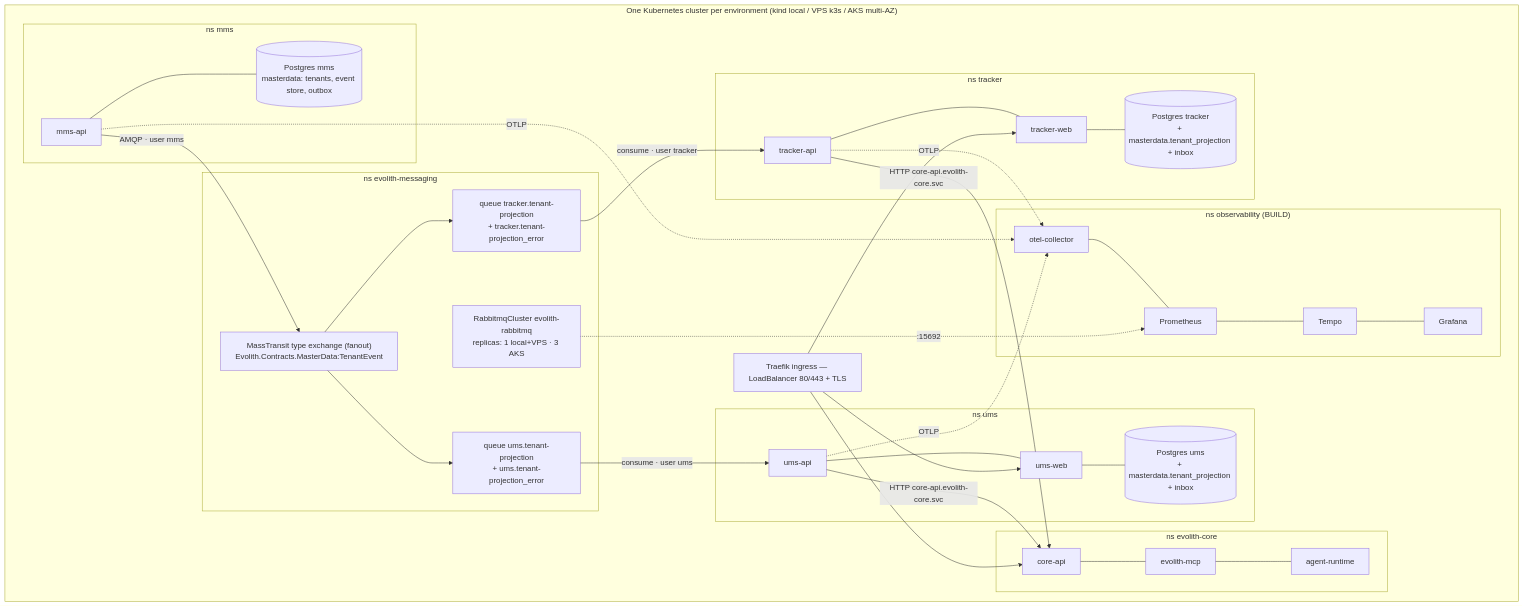
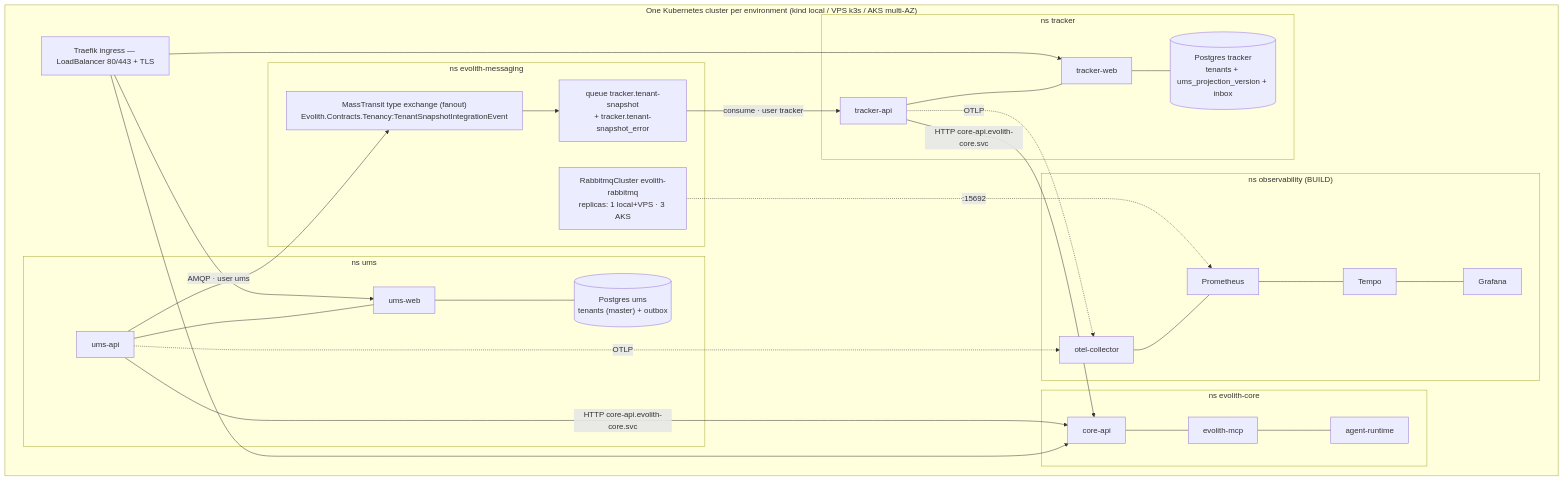
Before and after one commit to beyondnetcode/evolith_arch32: the second of 2 diagrams in product/suite/architecture/evolith-suite-deployment-strategy.md, drawn with Mermaid. The commit also changed other lines of this file and 1 other file, not shown here.

````diff
--- a/product/suite/architecture/evolith-suite-deployment-strategy.md
+++ b/product/suite/architecture/evolith-suite-deployment-strategy.md
@@ -80,35 +79,30 @@
 ```mermaid
 flowchart TB
   subgraph CLUSTER["One Kubernetes cluster per environment (kind local / VPS k3s / AKS multi-AZ)"]
     LB["Traefik ingress — LoadBalancer 80/443 + TLS"]
     subgraph NSMSG["ns evolith-messaging"]
       RMQ["RabbitmqCluster evolith-rabbitmq<br/>replicas: 1 local+VPS · 3 AKS"]
-      EX["MassTransit type exchange (fanout)<br/>Evolith.Contracts.MasterData:TenantEvent"]
-      QU["queue ums.tenant-projection<br/>+ ums.tenant-projection_error"]
-      QT["queue tracker.tenant-projection<br/>+ tracker.tenant-projection_error"]
+      EX["MassTransit type exchange (fanout)<br/>Evolith.Contracts.Tenancy:TenantSnapshotIntegrationEvent"]
+      QT["queue tracker.tenant-snapshot<br/>+ tracker.tenant-snapshot_error"]
     end
     subgraph NSOBS["ns observability (BUILD)"]
       OTEL["otel-collector"] --- PROM["Prometheus"] --- TEMPO["Tempo"] --- GRAF["Grafana"]
     end
     subgraph NSCORE["ns evolith-core"]
       COREAPI["core-api"] --- MCP["evolith-mcp"] --- AGRT["agent-runtime"]
     end
-    subgraph NSMMS["ns mms"]
-      MMSAPI["mms-api"] --- MMSDB[("Postgres mms<br/>masterdata: tenants, event store, outbox")]
-    end
     subgraph NSUMS["ns ums"]
-      UMSAPI["ums-api"] --- UMSWEB["ums-web"] --- UMSDB[("Postgres ums<br/>+ masterdata.tenant_projection + inbox")]
+      UMSAPI["ums-api"] --- UMSWEB["ums-web"] --- UMSDB[("Postgres ums<br/>tenants (master) + outbox")]
     end
     subgraph NSTRK["ns tracker"]
-      TRKAPI["tracker-api"] --- TRKWEB["tracker-web"] --- TRKDB[("Postgres tracker<br/>+ masterdata.tenant_projection + inbox")]
+      TRKAPI["tracker-api"] --- TRKWEB["tracker-web"] --- TRKDB[("Postgres tracker<br/>tenants + ums_projection_version + inbox")]
     end
   end
   LB --> UMSWEB & TRKWEB & COREAPI
-  MMSAPI -->|"AMQP · user mms"| EX
-  EX --> QU & QT
-  QU -->|"consume · user ums"| UMSAPI
+  UMSAPI -->|"AMQP · user ums"| EX
+  EX --> QT
   QT -->|"consume · user tracker"| TRKAPI
   UMSAPI & TRKAPI -->|"HTTP core-api.evolith-core.svc"| COREAPI
-  MMSAPI & UMSAPI & TRKAPI -.->|OTLP| OTEL
+  UMSAPI & TRKAPI -.->|OTLP| OTEL
   RMQ -.->|":15692"| PROM
 ```
````
